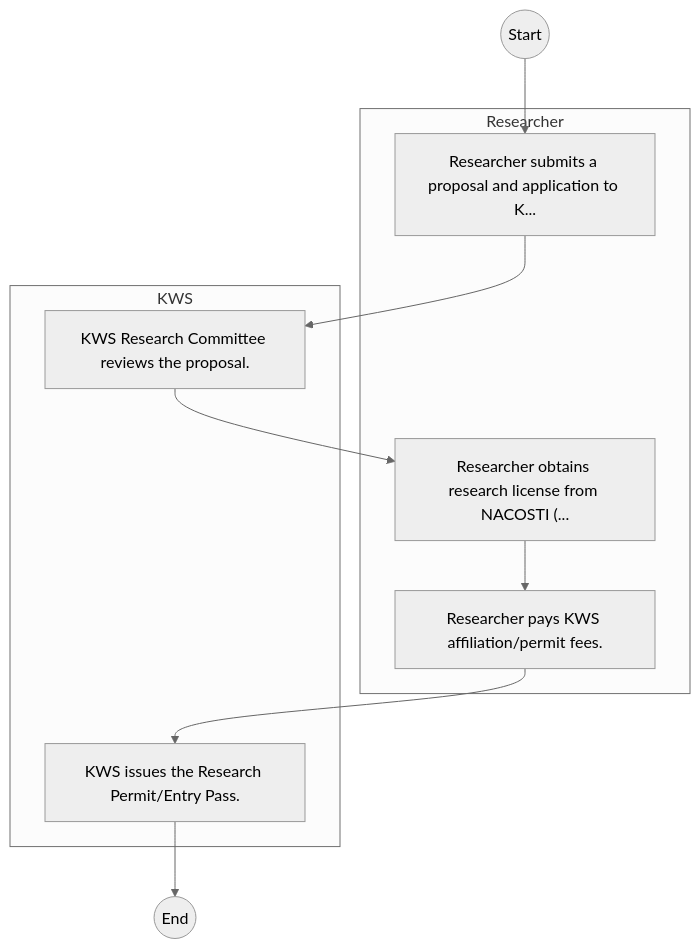
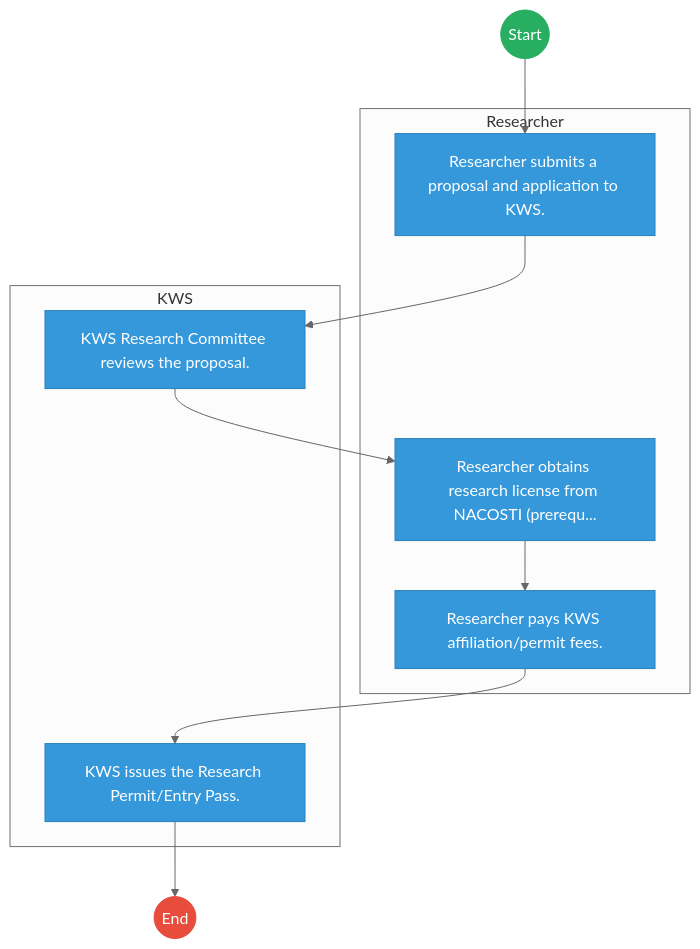
One commit to BITZ-IT-Consulting-LTD/ictapoc changed the first of 2 diagrams in mdas/docs_final/Kenya_Wildlife_Service___Licensing_and_Permitting.md. Above: the diagram before and after it, drawn with Mermaid (neutral theme). The commit also changed other lines of this file and 461 other files, not shown here.

````diff
--- a/mdas/docs_final/Kenya_Wildlife_Service___Licensing_and_Permitting.md
+++ b/mdas/docs_final/Kenya_Wildlife_Service___Licensing_and_Permitting.md
@@ -20,18 +20,29 @@
 ```mermaid
 graph TD
     Start((Start)) --> S1
+
     subgraph Researcher [Researcher]
-        S1["Researcher submits a proposal and application to K..."]
-        S3["Researcher obtains research license from NACOSTI (..."]
+        S1["Researcher submits a proposal and application to KWS."]
+        S3["Researcher obtains research license from NACOSTI (prerequ..."]
         S4["Researcher pays KWS affiliation/permit fees."]
     end
+
     subgraph KWS [KWS]
         S2["KWS Research Committee reviews the proposal."]
         S5["KWS issues the Research Permit/Entry Pass."]
     end
     S1 --> S2
     S2 --> S3
     S3 --> S4
     S4 --> S5
     S5 --> End((End))
+
+    classDef start fill:#27ae60,stroke:#27ae60,color:#fff;
+    classDef endNode fill:#e74c3c,stroke:#e74c3c,color:#fff;
+    classDef userTask fill:#3498db,stroke:#2980b9,color:#fff;
+    classDef serviceTask fill:#9b59b6,stroke:#8e44ad,color:#fff;
+
+    class Start start;
+    class End endNode;
+    class S1,S2,S3,S4,S5 userTask;
 ```
````
